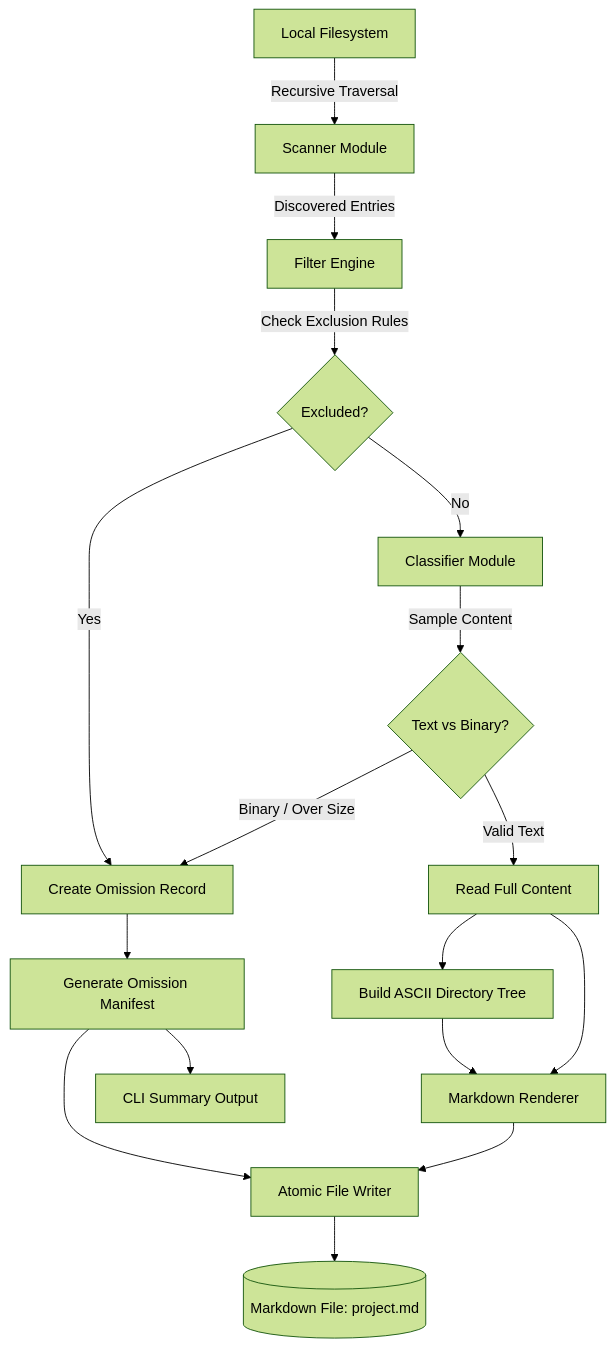
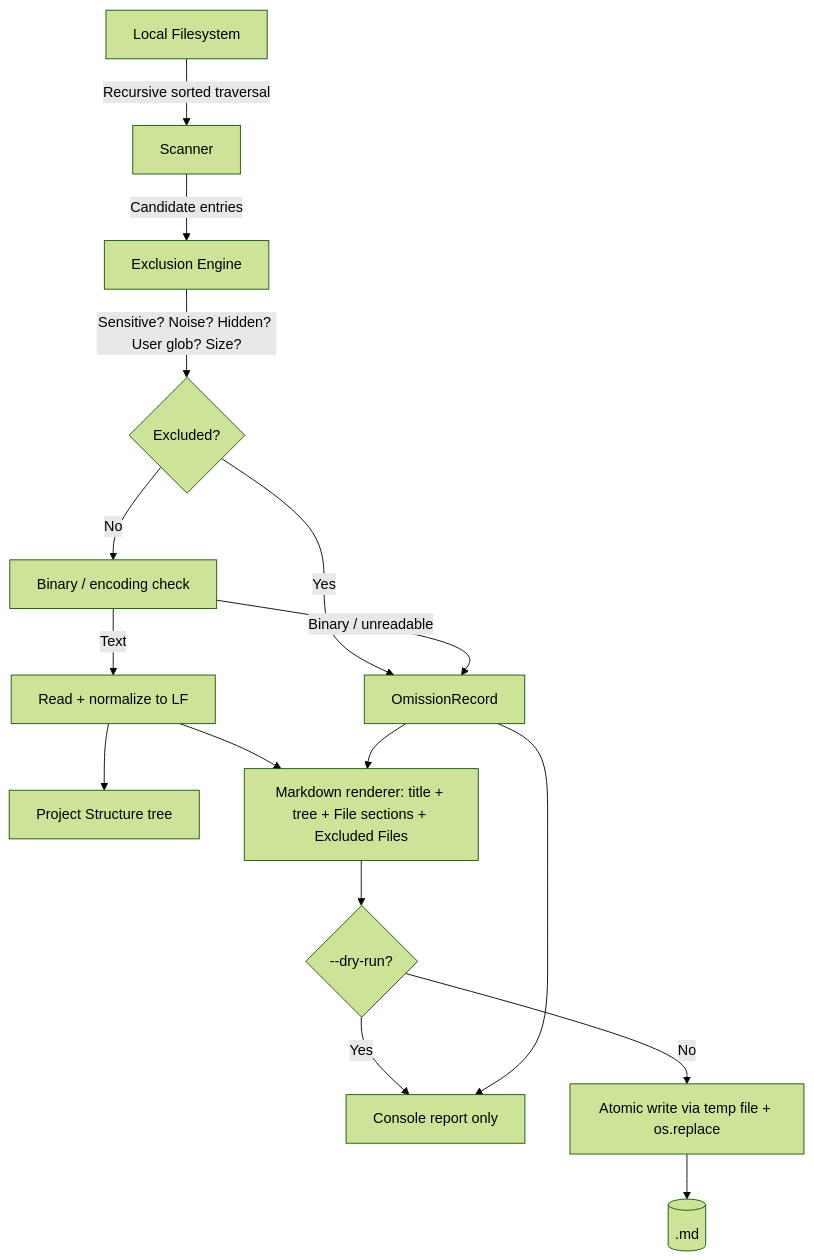
One commit to farhadakhtar/code_dumper changed the second of 2 diagrams in docs/ERD.md. Above: the diagram before and after it, drawn with Mermaid (forest theme). The commit also changed other lines of this file and 1 other file, not shown here.

````diff
--- a/docs/ERD.md
+++ b/docs/ERD.md
@@ -208,19 +158,18 @@
 ```mermaid
 flowchart TD
-    FS[Local Filesystem] -->|Recursive Traversal| Scanner[Scanner Module]
-    Scanner -->|Discovered Entries| Filter[Filter Engine]
-    Filter -->|Check Exclusion Rules| Rules{Excluded?}
-    Rules -->|Yes| Omit[Create Omission Record]
-    Rules -->|No| Classifier[Classifier Module]
-    Classifier -->|Sample Content| CheckContent{Text vs Binary?}
-    CheckContent -->|Binary / Over Size| Omit
-    CheckContent -->|Valid Text| Read[Read Full Content]
-    Read --> TreeGen[Build ASCII Directory Tree]
-    Read --> Render[Markdown Renderer]
-    TreeGen --> Render
-    Omit --> ReportGen[Generate Omission Manifest]
-    Render --> Writer[Atomic File Writer]
-    ReportGen --> Writer
-    Writer --> OutputFile[(Markdown File: project.md)]
-    ReportGen --> Terminal[CLI Summary Output]
+    FS[Local Filesystem] -->|Recursive sorted traversal| Scanner[Scanner]
+    Scanner -->|Candidate entries| Filter[Exclusion Engine]
+    Filter -->|Sensitive? Noise? Hidden? User glob? Size?| Verdict{Excluded?}
+    Verdict -->|Yes| Omit[OmissionRecord]
+    Verdict -->|No| Classify[Binary / encoding check]
+    Classify -->|Binary / unreadable| Omit
+    Classify -->|Text| Read[Read + normalize to LF]
+    Read --> Tree[Project Structure tree]
+    Read --> Render[Markdown renderer: title + tree + File sections + Excluded Files]
+    Omit --> Render
+    Render --> Persist{--dry-run?}
+    Persist -->|Yes| Console[Console report only]
+    Persist -->|No| Atomic[Atomic write via temp file + os.replace]
+    Atomic --> Artifact[(<project>.md)]
+    Omit --> Console
 ```
````
